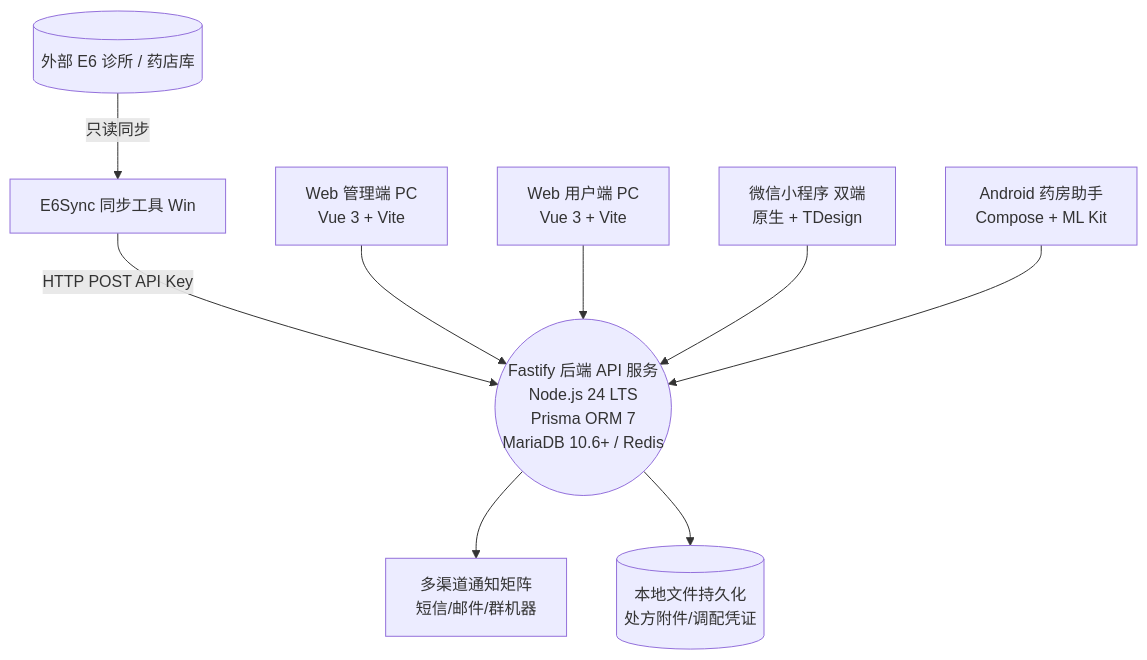
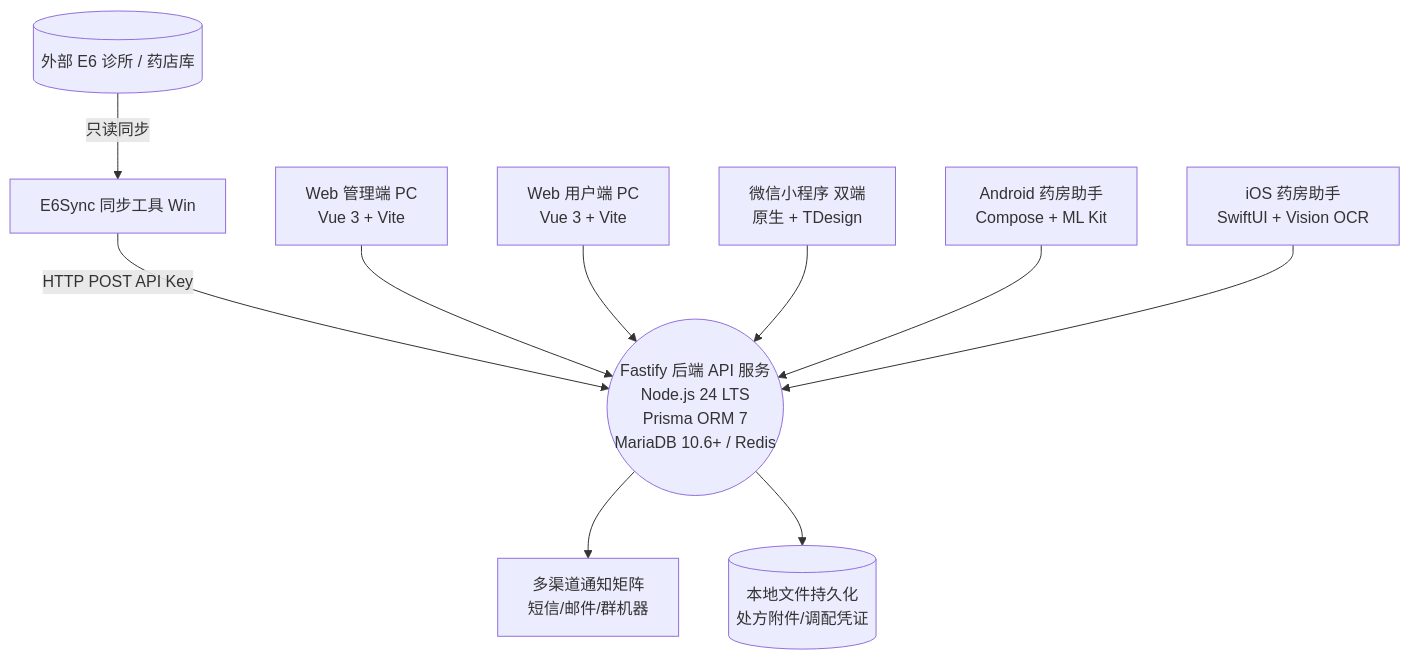
One commit to librarycloud/tcm-prescription-processing changed the first of 2 diagrams in README.md. Above: the diagram before and after it, drawn with Mermaid. The commit also changed other lines of this file and 2 other files, not shown here.

````diff
--- a/README.md
+++ b/README.md
@@ -29,15 +29,16 @@
 ```mermaid
 flowchart TD
     E6[(外部 E6 诊所 / 药店库)] -- 只读同步 --> E6Sync[E6Sync 同步工具 Win]
     E6Sync -- HTTP POST API Key --> API
 
     WebAdmin[Web 管理端 PC<br>Vue 3 + Vite] --> API
     WebUser[Web 用户端 PC<br>Vue 3 + Vite] --> API
     MiniProgram[微信小程序 双端<br>原生 + TDesign] --> API
     Android[Android 药房助手<br>Compose + ML Kit] --> API
+    IOS[iOS 药房助手<br>SwiftUI + Vision OCR] --> API
 
     API((Fastify 后端 API 服务<br>Node.js 24 LTS<br>Prisma ORM 7<br>MariaDB 10.6+ / Redis))
     
     API --> Notif[多渠道通知矩阵<br>短信/邮件/群机器]
     API --> Storage[(本地文件持久化<br>处方附件/调配凭证)]
 ```
````
